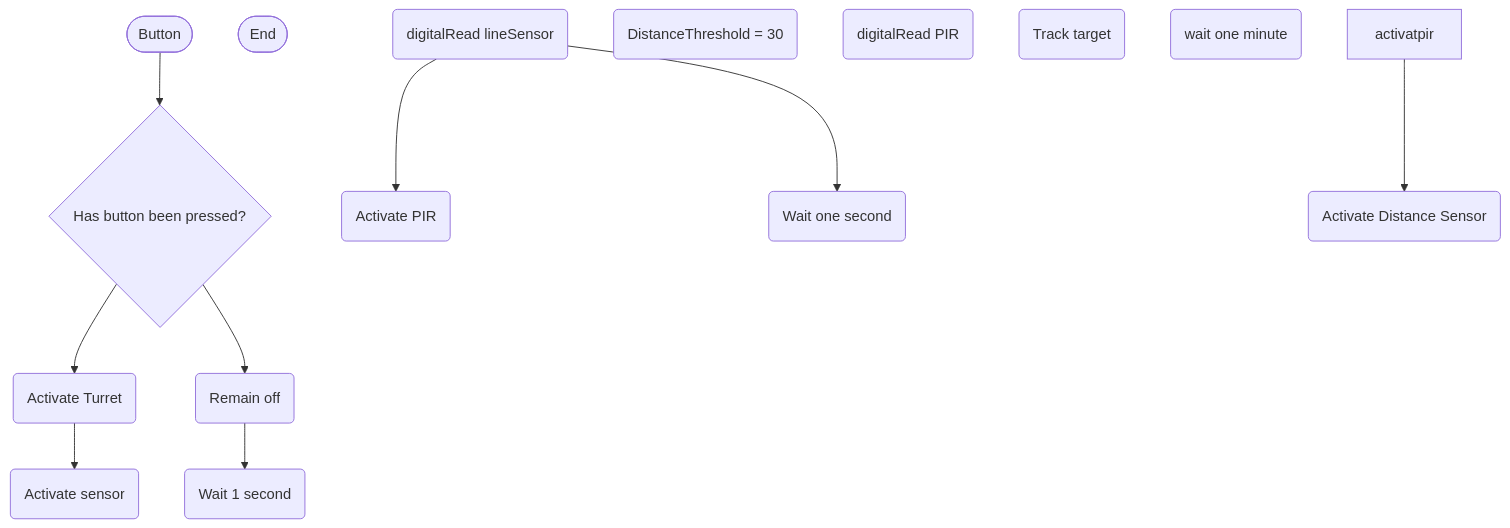
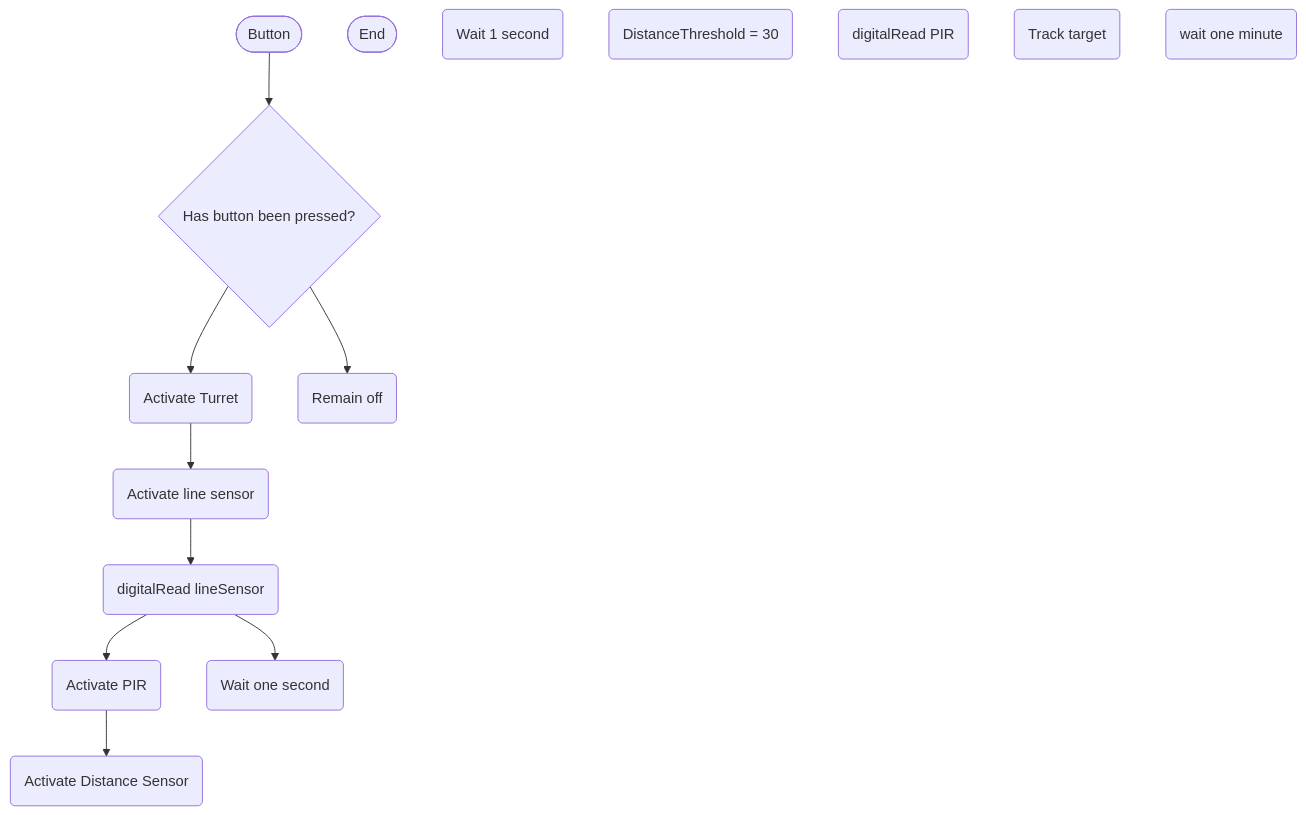
The diagram in logic.md (Zac2259/Smart-Turret), drawn with Mermaid before and after one commit.

````diff
--- a/logic.md
+++ b/logic.md
@@ -1,29 +1,29 @@
  ```mermaid
  flowchart TD
  %%standby logic
 terminalStart([Button])
  terminalEnd([End])
 Buttontrigger{Has button been pressed?}
 activateturret(Activate Turret)
-activatesensor(Activate sensor)
+activatesensor(Activate line sensor)
 remainoff(Remain off)
 loop(Wait 1 second)
 %%Tracking logic
 Readline(digitalRead lineSensor)
 activatepir(Activate PIR)
 activatedistance(Activate Distance Sensor)
 loop2(Wait one second)
 distance(DistanceThreshold = 30)
 ReadPIR(digitalRead PIR)
 track(Track target)
 loop3(wait one minute)
 terminalStart --> Buttontrigger
 Buttontrigger --> activateturret
 activateturret --> activatesensor
 Buttontrigger --> remainoff
-remainoff --> loop
+activatesensor --> Readline
 Readline --> activatepir
 Readline --> loop2
-activatpir --> activatedistance
+activatepir --> activatedistance
 
  ```
````
